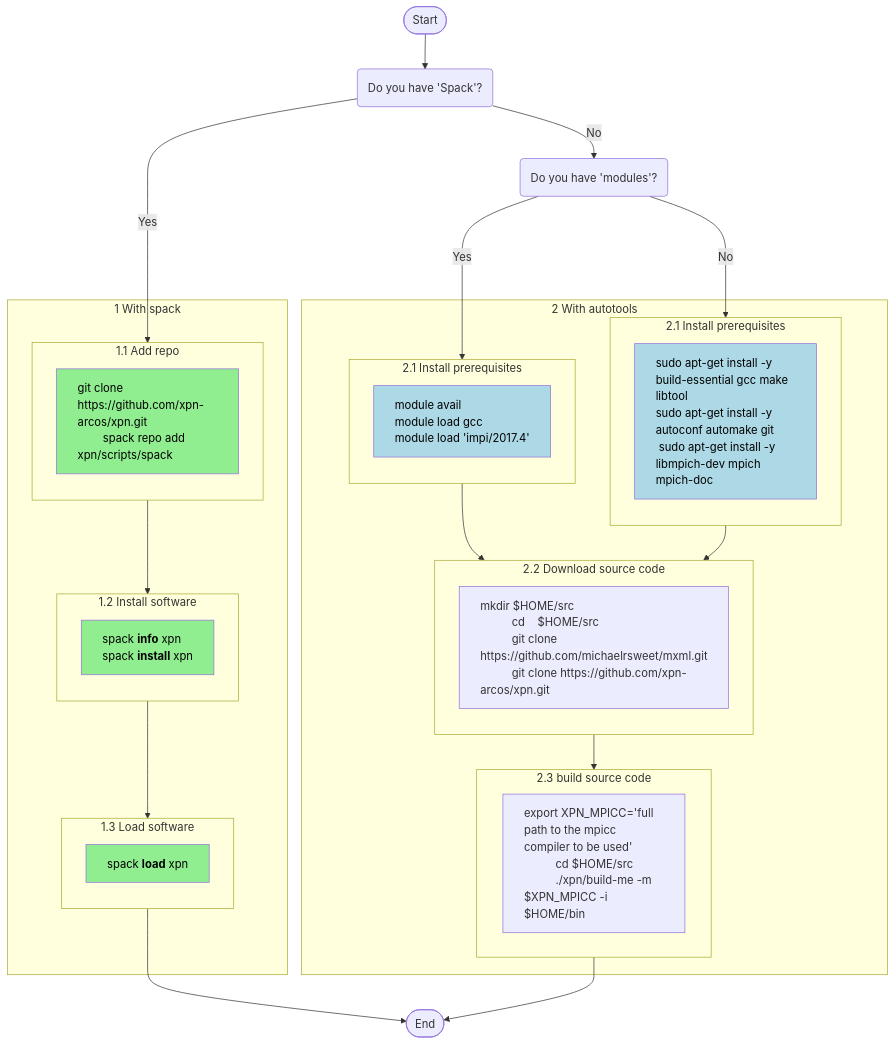
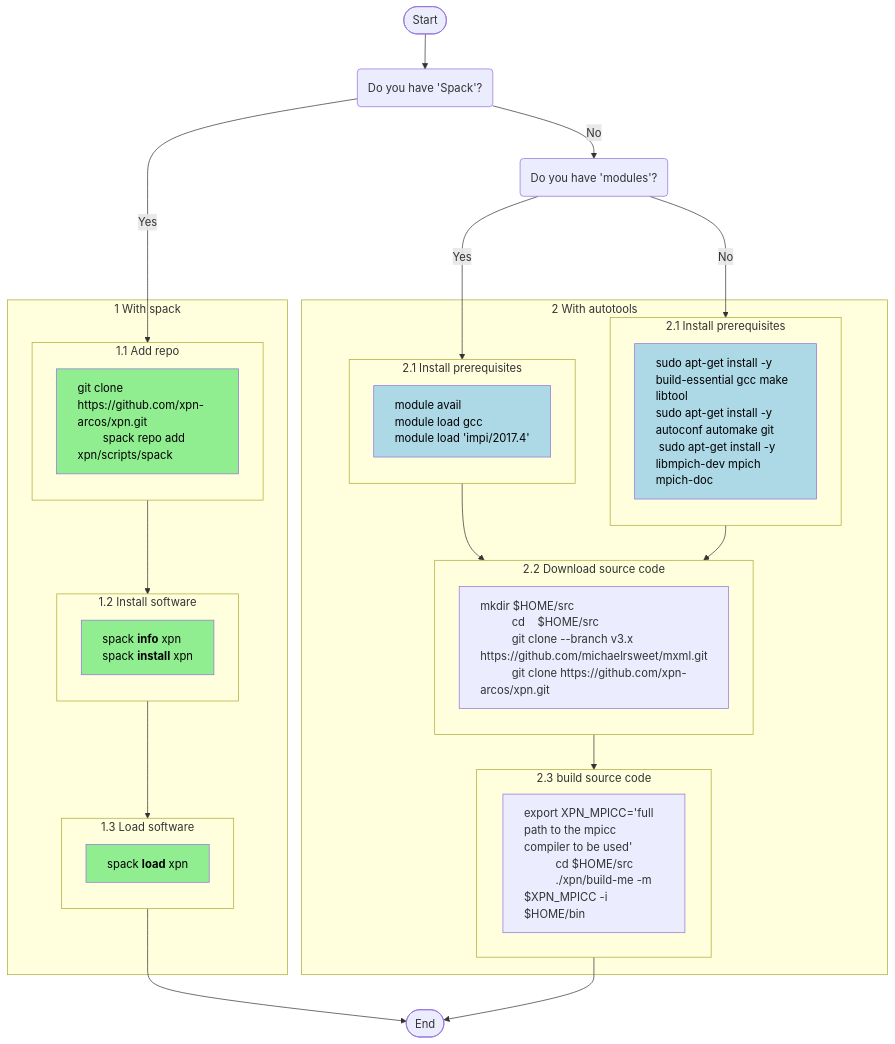
Before and after one commit to xpn-arcos/xpn: the first of 4 diagrams in README.md, drawn with Mermaid.

````diff
--- a/README.md
+++ b/README.md
@@ -23,66 +23,66 @@
   ```mermaid
   %% {init: {"flowchart": {"defaultRenderer": "elk"}} }%%
   flowchart TD
     A([Start]) --> B("Do you have 'Spack'?")
     B -- Yes --> ide11
     B -- No --> Y1("Do you have 'modules'?")
 
     %% (1) with spack
     subgraph ide1 [1 With spack]
     subgraph ide11 [1.1 Add repo]
        direction TB
        X1["git clone https://github.com/xpn-arcos/xpn.git 
           spack repo add xpn/scripts/spack"]
     end
     subgraph ide12 [1.2 Install software]
        direction TB
        X2["spack <b>info</b> xpn
           spack <b>install</b> xpn"]
     end
     subgraph ide13 [1.3 Load software]
        direction TB
        X3["spack <b>load</b> xpn"]
     end
     classDef lt text-align:left,fill:lightgreen,color:black; 
     class X1,X2,X3 lt;
     ide11 --> ide12
     ide12 --> ide13
     end
     ide13 --> I([End])
 
     Y1-- Yes --> ide21a
     Y1-- No ---> ide21b
     subgraph ide2 [2 With autotools]
     subgraph ide21a [2.1 Install prerequisites]
        direction TB
        Y1A["module avail <br> module load gcc<br> module load 'impi/2017.4'"]
     end
     subgraph ide21b [2.1 Install prerequisites]
        direction TB
        Y1B["sudo apt-get install -y build-essential gcc make libtool<br>sudo apt-get install -y autoconf automake git<br> sudo apt-get install -y libmpich-dev mpich mpich-doc"]
     end
     subgraph ide22 [2.2 Download source code]
        direction TB
        Y2B["mkdir $HOME/src 
             cd    $HOME/src 
-            git clone https://github.com/michaelrsweet/mxml.git
+            git clone --branch v3.x https://github.com/michaelrsweet/mxml.git
             git clone https://github.com/xpn-arcos/xpn.git"]
     end
     subgraph ide23 ["2.3 build source code"]
        direction LR
        Y3B["export XPN_MPICC='full path to the mpicc compiler to be used' 
             cd $HOME/src 
             ./xpn/build-me -m $XPN_MPICC -i $HOME/bin"]
     end
     ide21a --> ide22
     ide21b --> ide22
     ide22 --> ide23
 
     classDef lt2 text-align:left,fill:lightblue,color:black;
     class Y1A,Y1B lt2;
     classDef lt3 text-align:left;
     class Y2B,Y3B lt3;
     end
 
     Y3B --> I([End])
   ```
````
